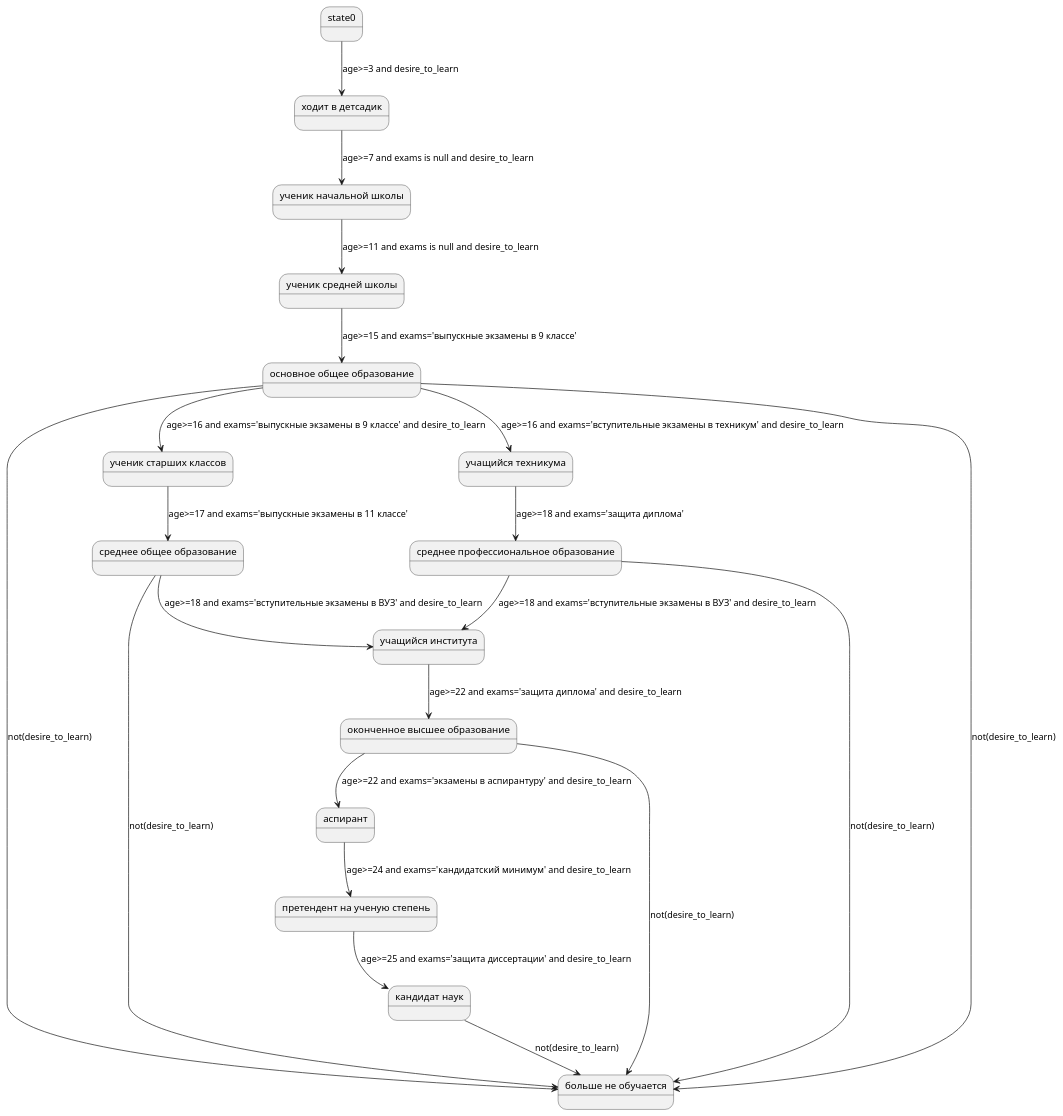
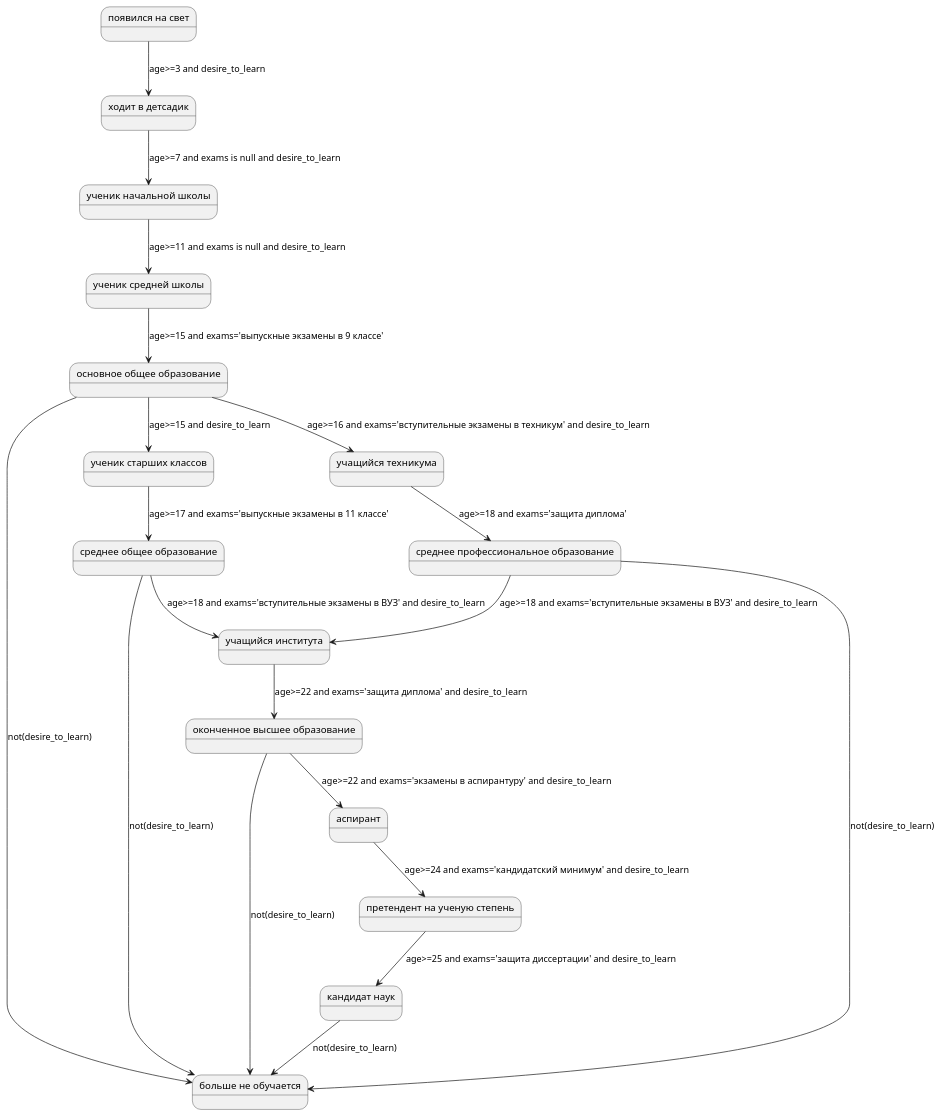
The diagram in stateMachineSource.puml (igor-suhorukov/state_machine_example), drawn with PlantUML before and after one commit. The commit also changed 5 other files, not shown here.

```diff
--- a/stateMachineSource.puml
+++ b/stateMachineSource.puml
@@ -1,36 +1,36 @@
 @startuml
 state "ученик старших классов" as state5
 state "ученик средней школы" as state3
 state "основное общее образование" as state4
 state "среднее общее образование" as state6
 state "аспирант" as state11
+state "появился на свет" as state0
 state "претендент на ученую степень" as state12
 state "среднее профессиональное образование" as state8
 state "учащийся института" as state9
 state "кандидат наук" as state13
 state "больше не обучается" as state14
 state "ходит в детсадик" as state1
 state "оконченное высшее образование" as state10
 state "ученик начальной школы" as state2
 state "учащийся техникума" as state7
 state0 --> state1 : age>=3 and desire_to_learn
 state1 --> state2 : age>=7 and exams is null and desire_to_learn
 state2 --> state3 : age>=11 and exams is null and desire_to_learn
 state3 --> state4 : age>=15 and exams='выпускные экзамены в 9 классе'
-state4 --> state5 : age>=16 and exams='выпускные экзамены в 9 классе' and desire_to_learn
+state4 --> state5 : age>=15 and desire_to_learn
 state5 --> state6 : age>=17 and exams='выпускные экзамены в 11 классе'
 state4 --> state7 : age>=16 and exams='вступительные экзамены в техникум' and desire_to_learn
 state7 --> state8 : age>=18 and exams='защита диплома'
 state6 --> state9 : age>=18 and exams='вступительные экзамены в ВУЗ' and desire_to_learn
 state8 --> state9 : age>=18 and exams='вступительные экзамены в ВУЗ' and desire_to_learn
 state9 --> state10 : age>=22 and exams='защита диплома' and desire_to_learn
 state10 --> state11 : age>=22  and exams='экзамены в аспирантуру' and desire_to_learn
 state11 --> state12 : age>=24 and exams='кандидатский минимум' and desire_to_learn
 state12 --> state13 : age>=25 and exams='защита диссертации' and desire_to_learn
 state4 --> state14 : not(desire_to_learn)
-state4 --> state14 : not(desire_to_learn)
 state6 --> state14 : not(desire_to_learn)
 state8 --> state14 : not(desire_to_learn)
 state10 --> state14 : not(desire_to_learn)
 state13 --> state14 : not(desire_to_learn)
 @enduml
```
